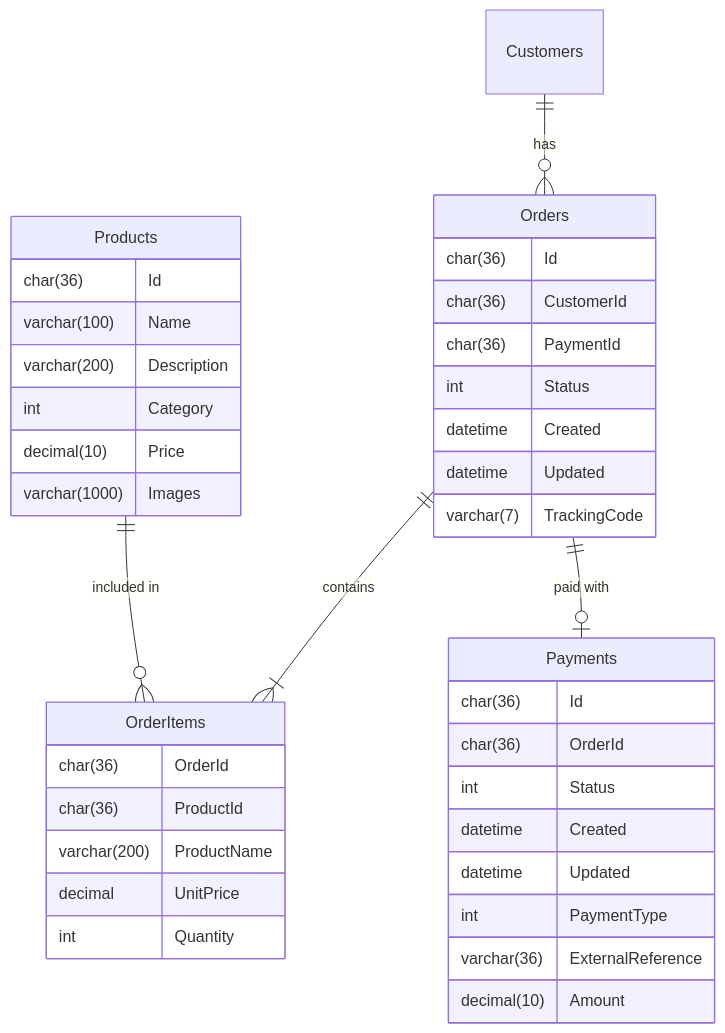
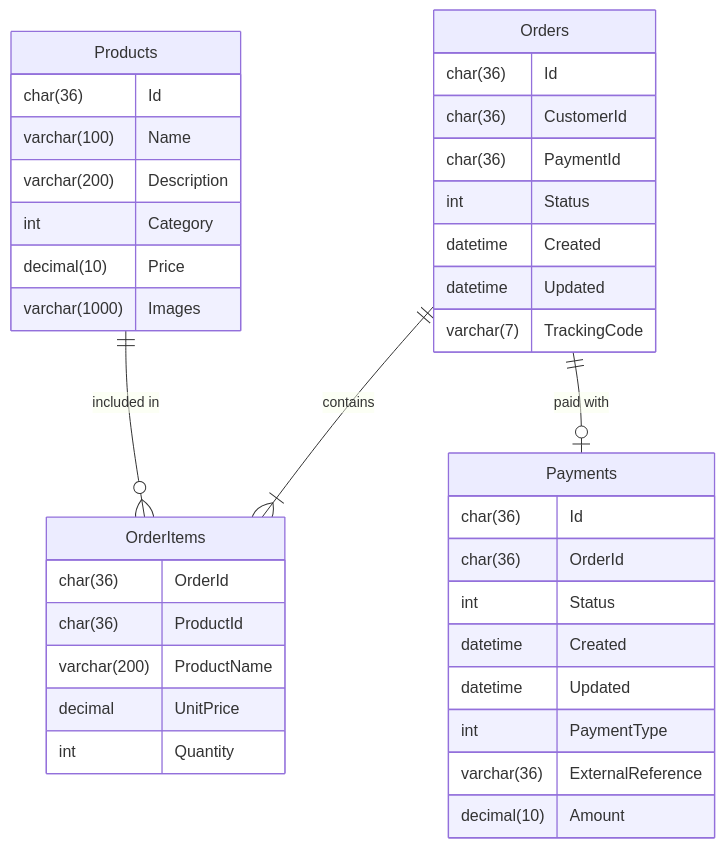
One commit to soat-fiap/bmb.database changed the diagram in README.md. Above: the diagram before and after it, drawn with Mermaid.

````diff
--- a/README.md
+++ b/README.md
@@ -37,46 +37,45 @@
 ```mermaid
  erDiagram
    
     Products {
         char(36) Id
         varchar(100) Name
         varchar(200) Description
         int Category
         decimal(10) Price
         varchar(1000) Images
     }
     
    Orders {
         char(36) Id
         char(36) CustomerId
         char(36) PaymentId
         int Status
         datetime Created
         datetime Updated
         varchar(7) TrackingCode
     }
     
     OrderItems {
         char(36) OrderId
         char(36) ProductId
         varchar(200) ProductName
         decimal UnitPrice
         int Quantity
     }
     
     Payments {
         char(36) Id
         char(36) OrderId
         int Status
         datetime Created
         datetime Updated
         int PaymentType
         varchar(36) ExternalReference
         decimal(10) Amount
     }
     
-    Customers ||--o{ Orders : "has"
     Orders ||--|{ OrderItems : "contains"
     Products ||--o{ OrderItems : "included in"
     Orders ||--o| Payments : "paid with"
 ```
````
